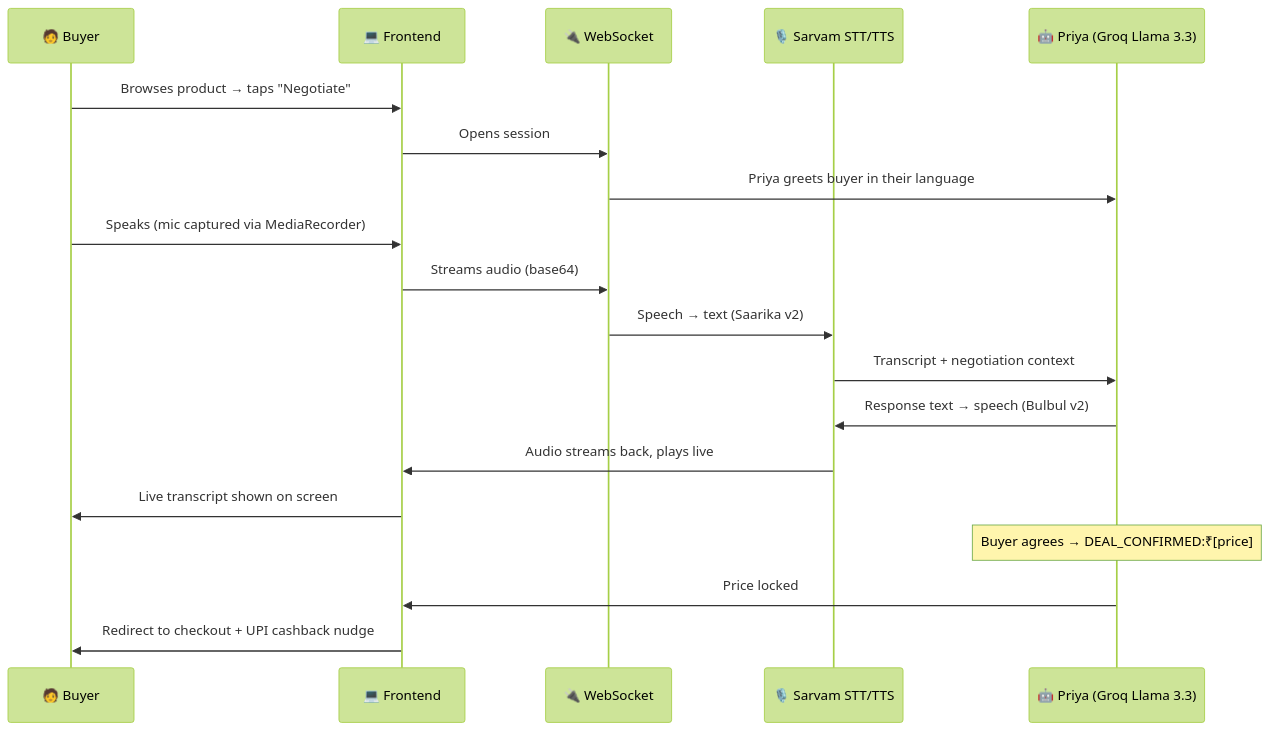
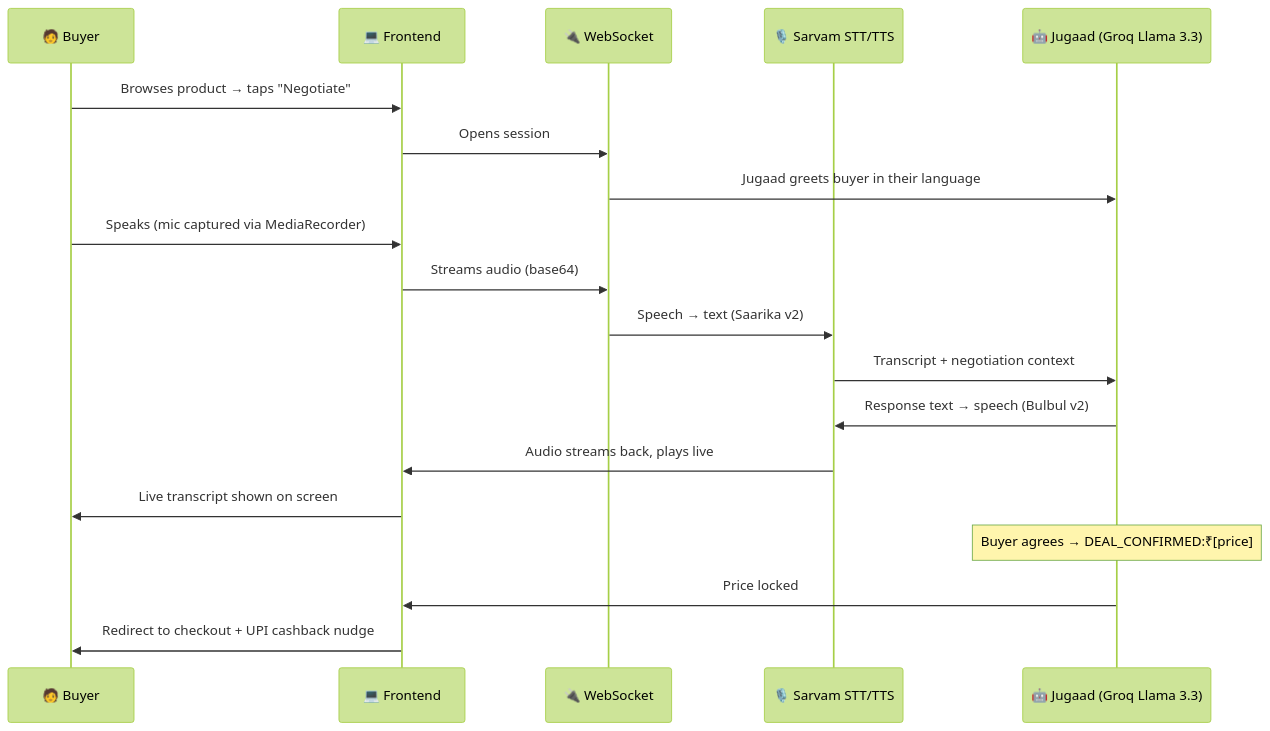
Before and after one commit to bhoomigundecha/Jugaad: the diagram in README.md, drawn with Mermaid (forest theme). The commit also changed other lines of this file, not shown here.

````diff
--- a/README.md
+++ b/README.md
@@ -93,22 +88,22 @@
 ```mermaid
 sequenceDiagram
     participant B as 🧑 Buyer
     participant F as 💻 Frontend
     participant W as 🔌 WebSocket
     participant S as 🎙️ Sarvam STT/TTS
-    participant P as 🤖 Priya (Groq Llama 3.3)
+    participant P as 🤖 Jugaad (Groq Llama 3.3)
 
     B->>F: Browses product → taps "Negotiate"
     F->>W: Opens session
-    W->>P: Priya greets buyer in their language
+    W->>P: Jugaad greets buyer in their language
     B->>F: Speaks (mic captured via MediaRecorder)
     F->>W: Streams audio (base64)
     W->>S: Speech → text (Saarika v2)
     S->>P: Transcript + negotiation context
     P->>S: Response text → speech (Bulbul v2)
     S->>F: Audio streams back, plays live
     F->>B: Live transcript shown on screen
     Note over P: Buyer agrees → DEAL_CONFIRMED:₹[price]
     P->>F: Price locked
     F->>B: Redirect to checkout + UPI cashback nudge
 ```
````
